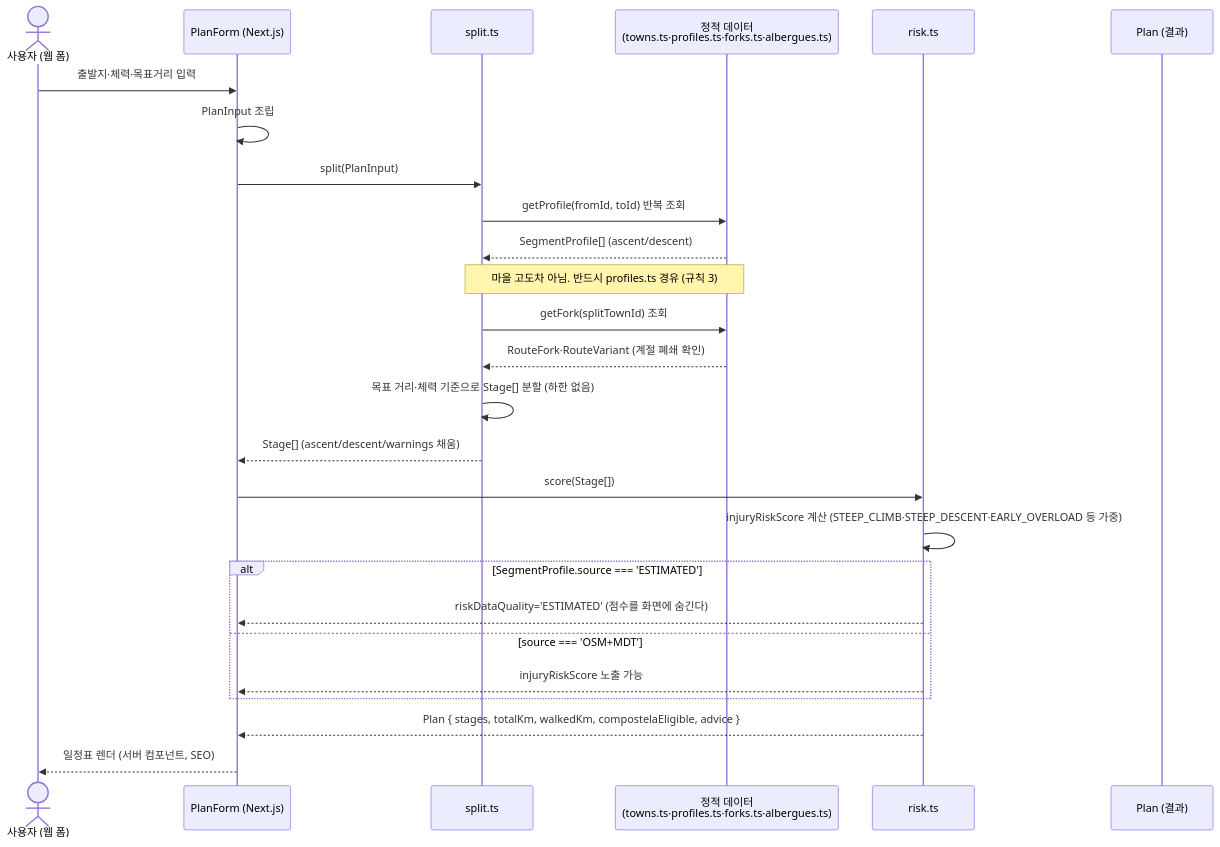
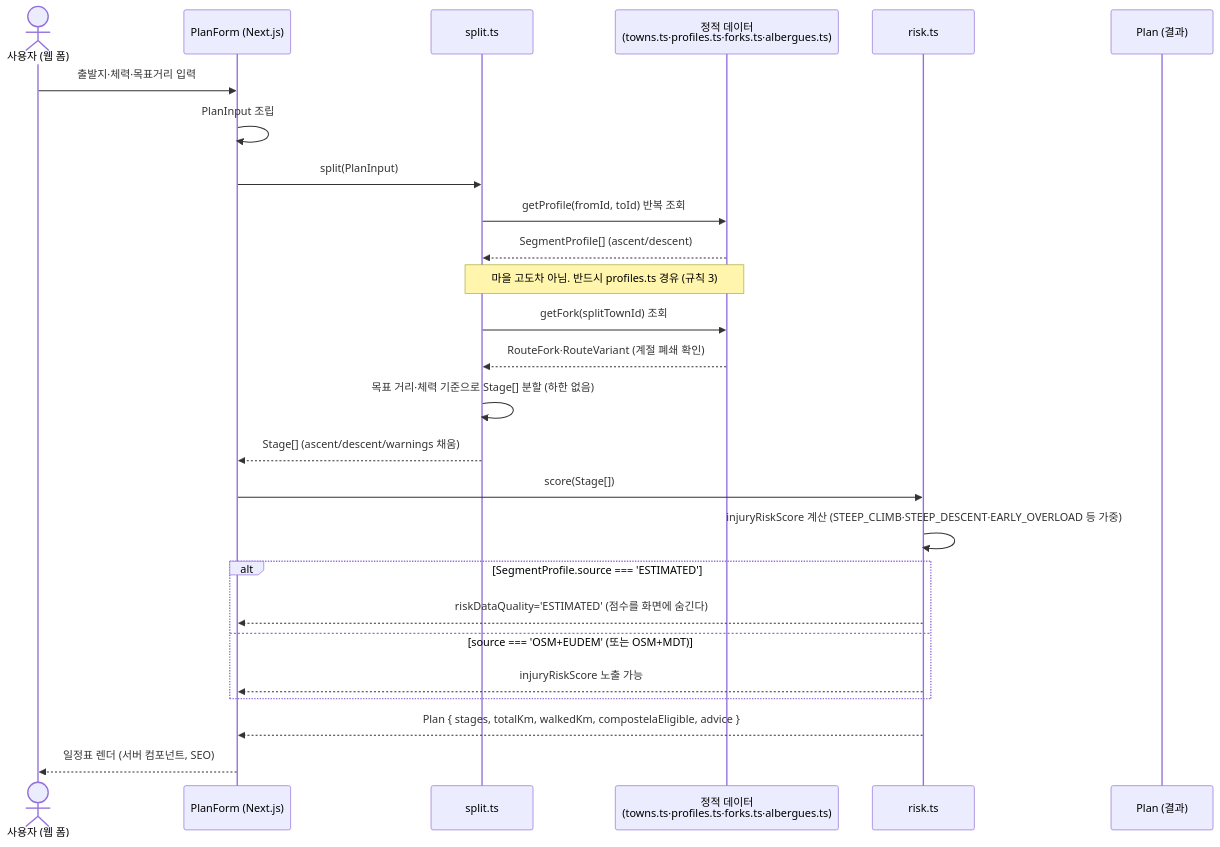
One commit to hhgkosmo0607-lgtm/camino_planner changed the eighth of 9 diagrams in docs/markdown/06_개발가이드.md. Above: the diagram before and after it, drawn with Mermaid. The commit also changed other lines of this file and 25 other files, not shown here.

````diff
--- a/docs/markdown/06_개발가이드.md
+++ b/docs/markdown/06_개발가이드.md
@@ -1671,29 +1683,29 @@
 ```mermaid
 sequenceDiagram
     actor U as 사용자 (웹 폼)
     participant UI as PlanForm (Next.js)
     participant Split as split.ts
     participant Data as 정적 데이터<br/>(towns.ts·profiles.ts·forks.ts·albergues.ts)
     participant Risk as risk.ts
     participant Plan as Plan (결과)
 
     U->>UI: 출발지·체력·목표거리 입력
     UI->>UI: PlanInput 조립
     UI->>Split: split(PlanInput)
     Split->>Data: getProfile(fromId, toId) 반복 조회
     Data-->>Split: SegmentProfile[] (ascent/descent)
     Note over Split,Data: 마을 고도차 아님. 반드시 profiles.ts 경유 (규칙 3)
     Split->>Data: getFork(splitTownId) 조회
     Data-->>Split: RouteFork·RouteVariant (계절 폐쇄 확인)
     Split->>Split: 목표 거리·체력 기준으로 Stage[] 분할 (하한 없음)
     Split-->>UI: Stage[] (ascent/descent/warnings 채움)
     UI->>Risk: score(Stage[])
     Risk->>Risk: injuryRiskScore 계산 (STEEP_CLIMB·STEEP_DESCENT·EARLY_OVERLOAD 등 가중)
     alt SegmentProfile.source === 'ESTIMATED'
         Risk-->>UI: riskDataQuality='ESTIMATED' (점수를 화면에 숨긴다)
-    else source === 'OSM+MDT'
+    else source === 'OSM+EUDEM' (또는 OSM+MDT)
         Risk-->>UI: injuryRiskScore 노출 가능
     end
     Risk-->>UI: Plan { stages, totalKm, walkedKm, compostelaEligible, advice }
     UI-->>U: 일정표 렌더 (서버 컴포넌트, SEO)
 ```
````
